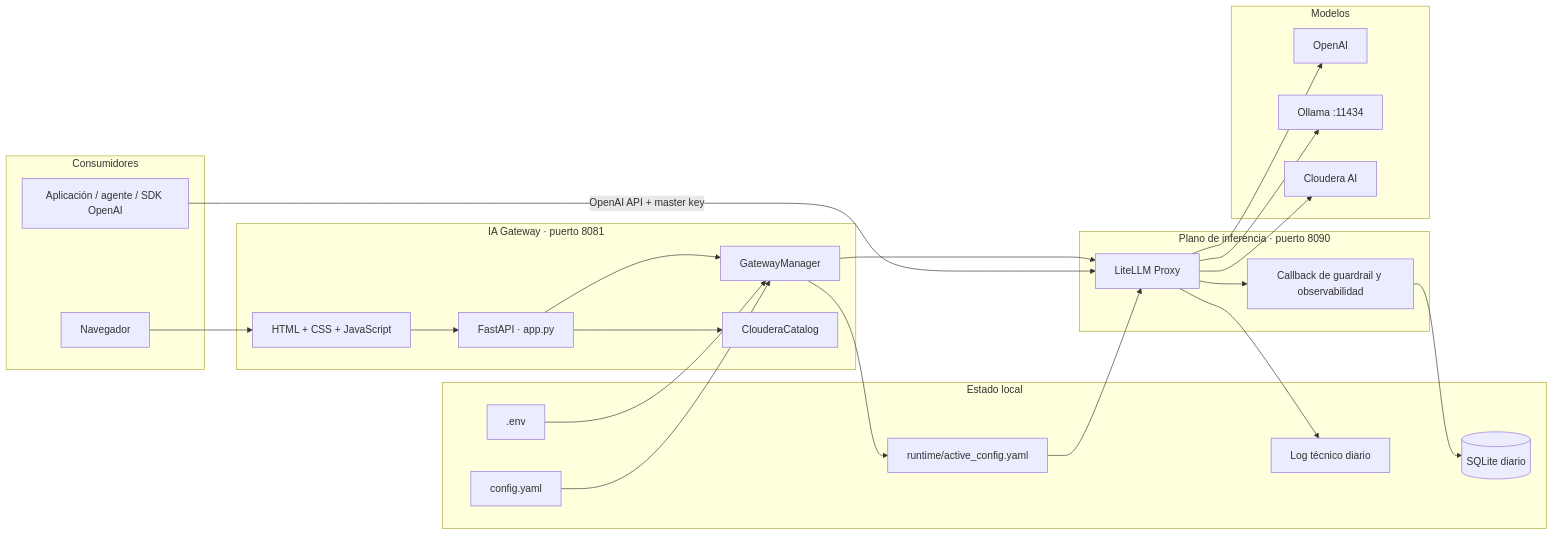
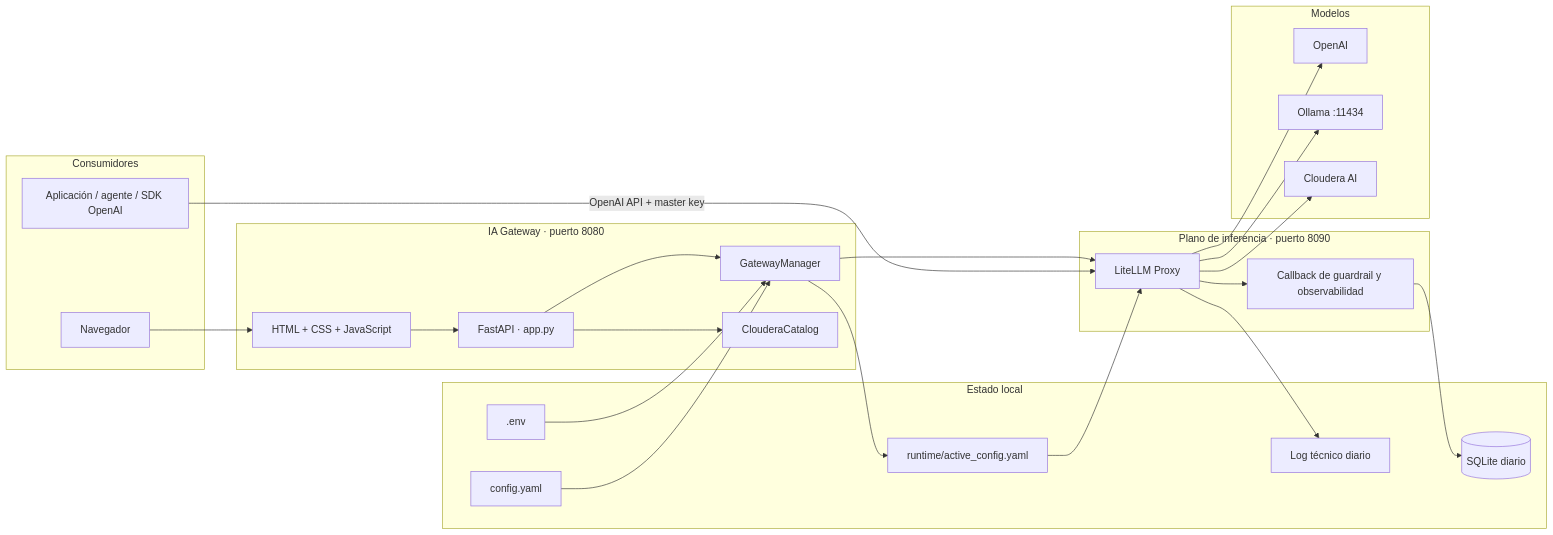
The first of 4 diagrams in README.md (smerchanmole/AI-gateway), drawn with Mermaid before and after one commit. The commit also changed other lines of this file and 2 other files, not shown here.

````diff
--- a/README.md
+++ b/README.md
@@ -64,45 +64,45 @@
 ```mermaid
 flowchart LR
     subgraph CLIENTES["Consumidores"]
         WEB["Navegador"]
         APP["Aplicación / agente / SDK OpenAI"]
     end
 
-    subgraph PANEL["IA Gateway · puerto 8081"]
+    subgraph PANEL["IA Gateway · puerto 8080"]
         API["FastAPI · app.py"]
         UI["HTML + CSS + JavaScript"]
         CORE["GatewayManager"]
         CDP["ClouderaCatalog"]
     end
 
     subgraph PROXY["Plano de inferencia · puerto 8090"]
         LLM["LiteLLM Proxy"]
         CALLBACK["Callback de guardrail y observabilidad"]
     end
 
     subgraph DATOS["Estado local"]
         YAML["config.yaml"]
         ENV[".env"]
         RUN["runtime/active_config.yaml"]
         SQLITE[("SQLite diario")]
         LOG["Log técnico diario"]
     end
 
     subgraph PROVEEDORES["Modelos"]
         OPENAI["OpenAI"]
         OLLAMA["Ollama :11434"]
         CLOUDERA["Cloudera AI"]
     end
 
     WEB --> UI --> API
     APP -->|"OpenAI API + master key"| LLM
     API --> CORE --> LLM
     YAML --> CORE --> RUN --> LLM
     ENV --> CORE
     API --> CDP
     LLM --> CALLBACK --> SQLITE
     LLM --> LOG
     LLM --> OPENAI
     LLM --> OLLAMA
     LLM --> CLOUDERA
 ```
````
